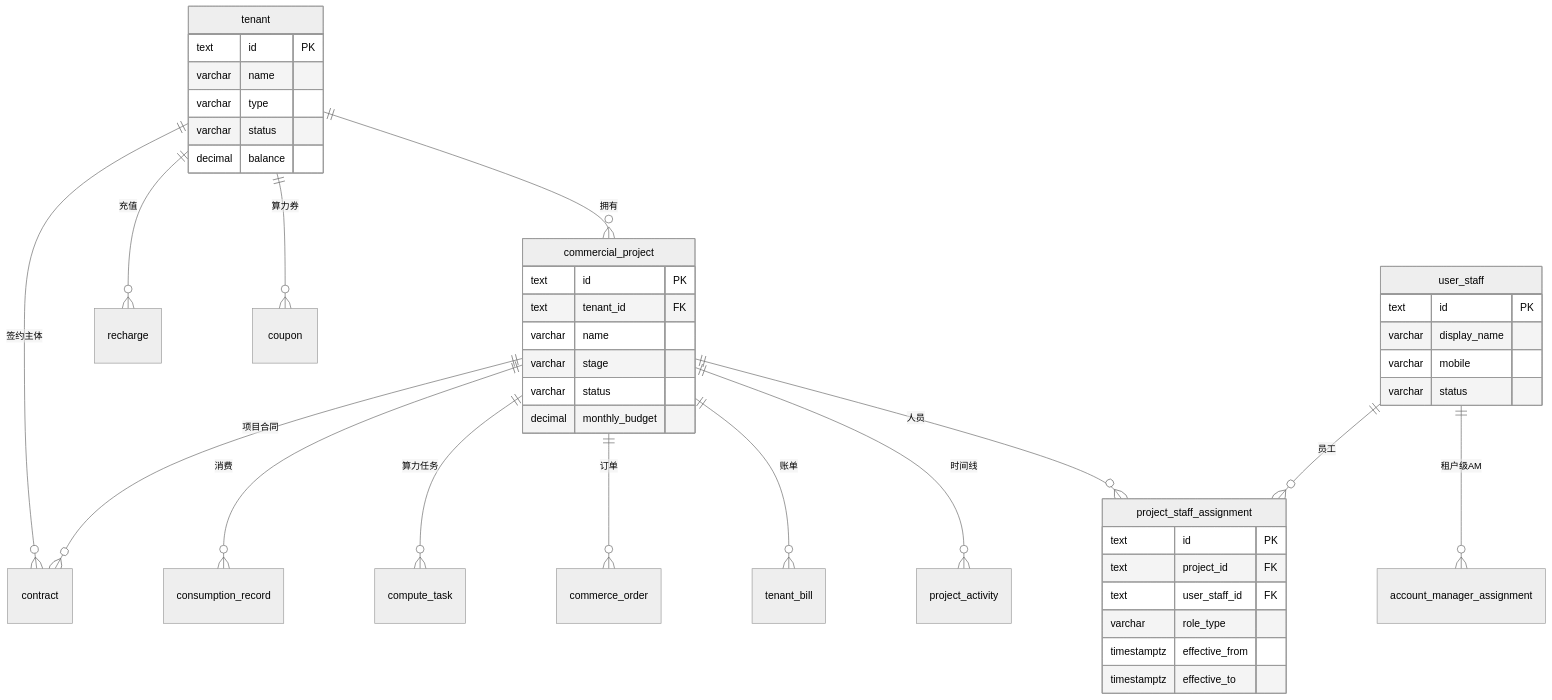
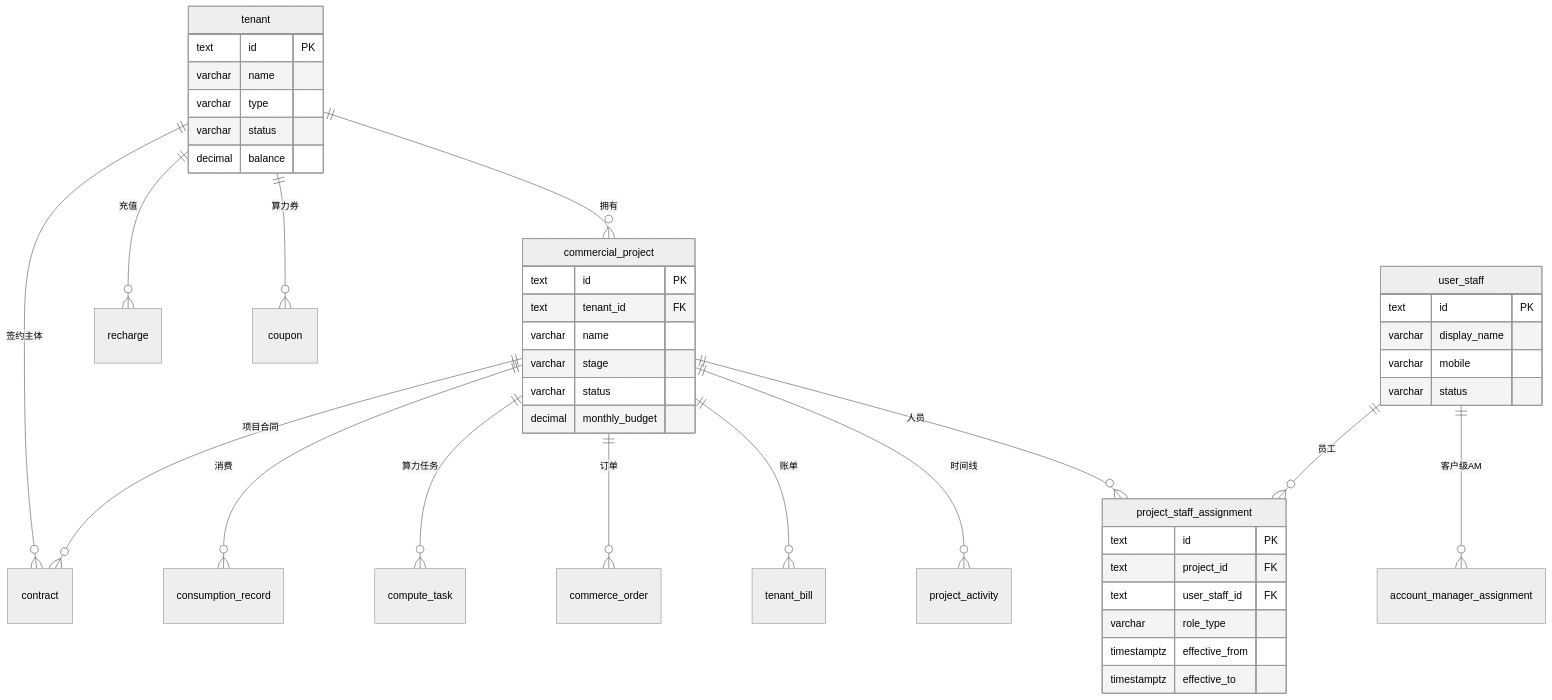
One commit to metacode0602/opencomfy-hub changed the first of 3 diagrams in apps/web/content/design/crm-database.md. Above: the diagram before and after it, drawn with Mermaid (neutral theme). The commit also changed other lines of this file and 18 other files, not shown here.

````diff
--- a/apps/web/content/design/crm-database.md
+++ b/apps/web/content/design/crm-database.md
@@ -517,49 +517,49 @@
 ```mermaid
 erDiagram
   tenant ||--o{ commercial_project : "拥有"
   tenant ||--o{ recharge : "充值"
   tenant ||--o{ coupon : "算力券"
   tenant ||--o{ contract : "签约主体"
   commercial_project ||--o{ contract : "项目合同"
   commercial_project ||--o{ consumption_record : "消费"
   commercial_project ||--o{ compute_task : "算力任务"
   commercial_project ||--o{ commerce_order : "订单"
   commercial_project ||--o{ tenant_bill : "账单"
   commercial_project ||--o{ project_activity : "时间线"
   commercial_project ||--o{ project_staff_assignment : "人员"
   user_staff ||--o{ project_staff_assignment : "员工"
-  user_staff ||--o{ account_manager_assignment : "租户级AM"
+  user_staff ||--o{ account_manager_assignment : "客户级AM"
 
   tenant {
     text id PK
     varchar name
     varchar type
     varchar status
     decimal balance
   }
 
   commercial_project {
     text id PK
     text tenant_id FK
     varchar name
     varchar stage
     varchar status
     decimal monthly_budget
   }
 
   project_staff_assignment {
     text id PK
     text project_id FK
     text user_staff_id FK
     varchar role_type
     timestamptz effective_from
     timestamptz effective_to
   }
 
   user_staff {
     text id PK
     varchar display_name
     varchar mobile
     varchar status
   }
 ```
````
